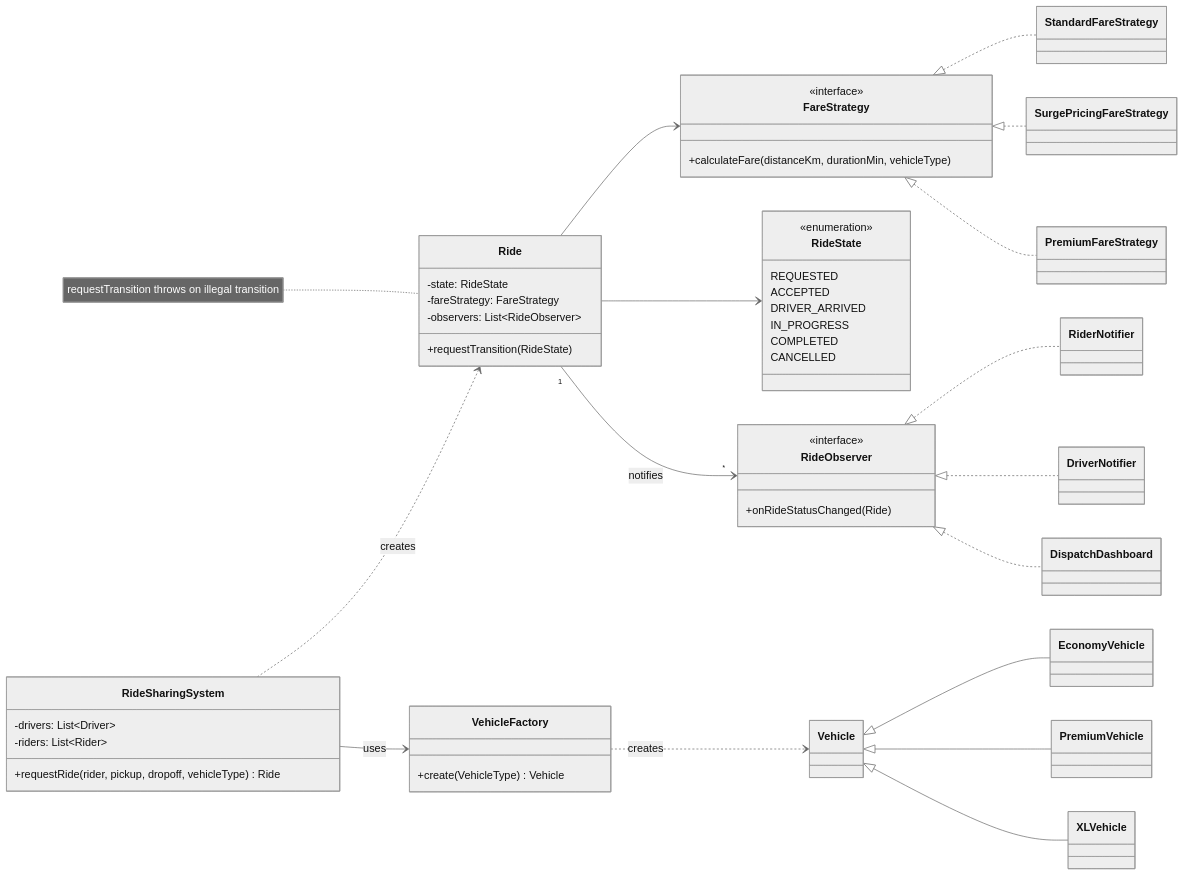
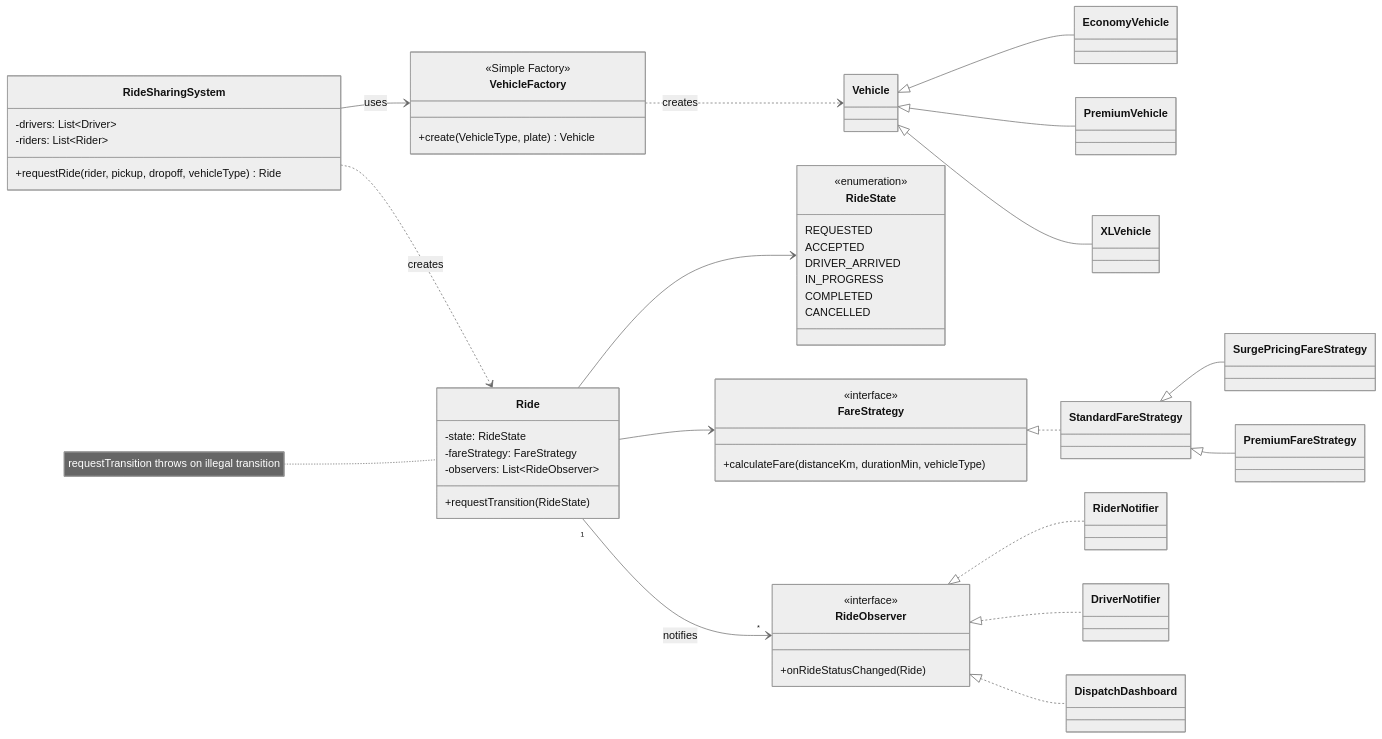
Before and after one commit to rppol/system-design: diagram 13 of 16 in src/main/java/com/rutik/systemdesign/lld/system_design_problems/README.md, drawn with Mermaid (neutral theme). The commit also changed other lines of this file and 22 other files, not shown here.

````diff
--- a/src/main/java/com/rutik/systemdesign/lld/system_design_problems/README.md
+++ b/src/main/java/com/rutik/systemdesign/lld/system_design_problems/README.md
@@ -437,63 +442,64 @@
 ```mermaid
 classDiagram
     direction LR
 
     class RideSharingSystem {
         -drivers: List~Driver~
         -riders: List~Rider~
         +requestRide(rider, pickup, dropoff, vehicleType) Ride
     }
     class VehicleFactory {
-        +create(VehicleType) Vehicle
+        <<Simple Factory>>
+        +create(VehicleType, plate) Vehicle
     }
     class Vehicle
     class EconomyVehicle
     class PremiumVehicle
     class XLVehicle
     class Ride {
         -state: RideState
         -fareStrategy: FareStrategy
         -observers: List~RideObserver~
         +requestTransition(RideState)
     }
     note for Ride "requestTransition throws on illegal transition"
     class RideState {
         <<enumeration>>
         REQUESTED
         ACCEPTED
         DRIVER_ARRIVED
         IN_PROGRESS
         COMPLETED
         CANCELLED
     }
     class FareStrategy {
         <<interface>>
         +calculateFare(distanceKm, durationMin, vehicleType)
     }
     class StandardFareStrategy
     class SurgePricingFareStrategy
     class PremiumFareStrategy
     class RideObserver {
         <<interface>>
         +onRideStatusChanged(Ride)
     }
     class RiderNotifier
     class DriverNotifier
     class DispatchDashboard
 
     RideSharingSystem ..> Ride : creates
     RideSharingSystem --> VehicleFactory : uses
     VehicleFactory ..> Vehicle : creates
     Vehicle <|-- EconomyVehicle
     Vehicle <|-- PremiumVehicle
     Vehicle <|-- XLVehicle
     Ride --> RideState
     Ride --> FareStrategy
     Ride "1" --> "*" RideObserver : notifies
     FareStrategy <|.. StandardFareStrategy
-    FareStrategy <|.. SurgePricingFareStrategy
-    FareStrategy <|.. PremiumFareStrategy
+    StandardFareStrategy <|-- SurgePricingFareStrategy
+    StandardFareStrategy <|-- PremiumFareStrategy
     RideObserver <|.. RiderNotifier
     RideObserver <|.. DriverNotifier
     RideObserver <|.. DispatchDashboard
 ```
````
